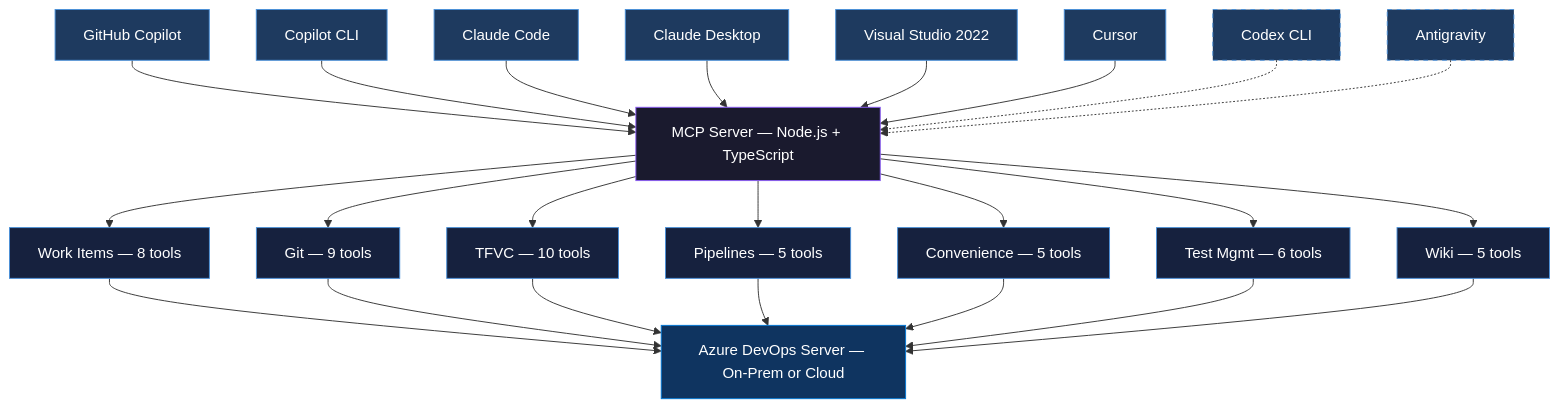
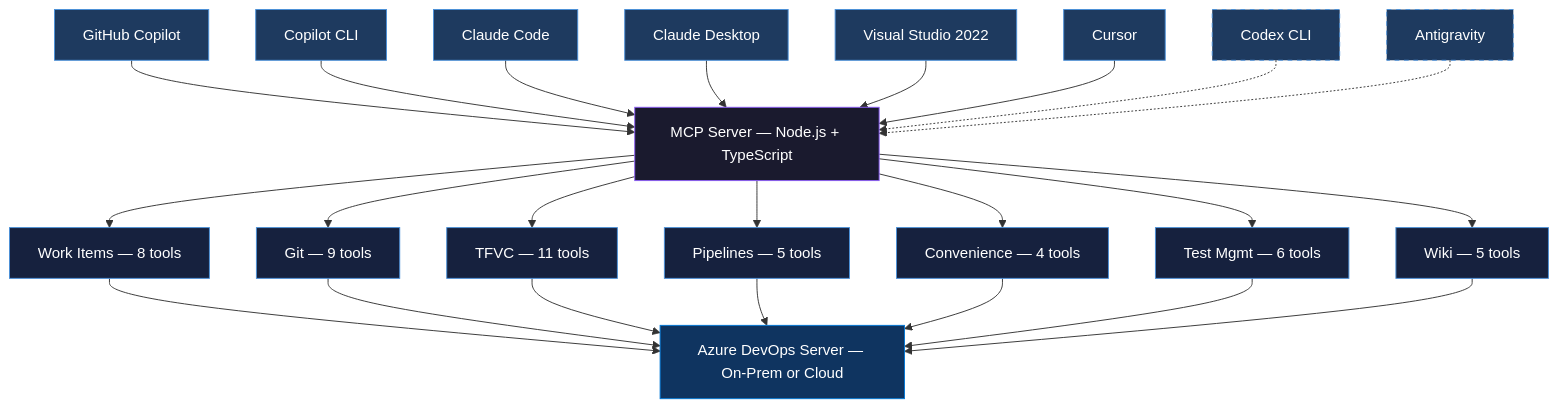
Before and after one commit to burcusipahioglu/azure-devops-mcp-onprem: the second of 3 diagrams in README.md, drawn with Mermaid. The commit also changed other lines of this file and 2 other files, not shown here.

Commit message:
Move TFVC-specific changeset tool out of convenience domain

````diff
--- a/README.md
+++ b/README.md
@@ -70,49 +70,49 @@
 ```mermaid
 graph TD
     GHC["GitHub Copilot"] --> MCP
     CLI["Copilot CLI"] --> MCP
     CC["Claude Code"] --> MCP
     CD["Claude Desktop"] --> MCP
     VS["Visual Studio 2022"] --> MCP
     CUR["Cursor"] --> MCP
     CDX["Codex CLI"] -.-> MCP
     AG["Antigravity"] -.-> MCP
 
     MCP["MCP Server — Node.js + TypeScript"]
 
     MCP --> WI["Work Items — 8 tools"]
     MCP --> GIT["Git — 9 tools"]
-    MCP --> TFVC["TFVC — 10 tools"]
+    MCP --> TFVC["TFVC — 11 tools"]
     MCP --> PIPE["Pipelines — 5 tools"]
-    MCP --> CONV["Convenience — 5 tools"]
+    MCP --> CONV["Convenience — 4 tools"]
     MCP --> TEST["Test Mgmt — 6 tools"]
     MCP --> WIKI["Wiki — 5 tools"]
 
     WI --> ADS
     GIT --> ADS
     TFVC --> ADS
     PIPE --> ADS
     CONV --> ADS
     TEST --> ADS
     WIKI --> ADS
 
     ADS["Azure DevOps Server — On-Prem or Cloud"]
 
     style GHC fill:#1e3a5f,stroke:#4a90d9,color:#fff
     style CLI fill:#1e3a5f,stroke:#4a90d9,color:#fff
     style CC fill:#1e3a5f,stroke:#4a90d9,color:#fff
     style CD fill:#1e3a5f,stroke:#4a90d9,color:#fff
     style VS fill:#1e3a5f,stroke:#4a90d9,color:#fff
     style CUR fill:#1e3a5f,stroke:#4a90d9,color:#fff
     style CDX fill:#1e3a5f,stroke:#4a90d9,color:#fff,stroke-dasharray: 5 5
     style AG fill:#1e3a5f,stroke:#4a90d9,color:#fff,stroke-dasharray: 5 5
     style MCP fill:#1a1a2e,stroke:#8B5CF6,color:#fff
     style WI fill:#16213e,stroke:#4a90d9,color:#fff
     style GIT fill:#16213e,stroke:#4a90d9,color:#fff
     style TFVC fill:#16213e,stroke:#4a90d9,color:#fff
     style PIPE fill:#16213e,stroke:#4a90d9,color:#fff
     style CONV fill:#16213e,stroke:#4a90d9,color:#fff
     style TEST fill:#16213e,stroke:#4a90d9,color:#fff
     style WIKI fill:#16213e,stroke:#4a90d9,color:#fff
     style ADS fill:#0f3460,stroke:#0078D7,color:#fff
 ```
````
